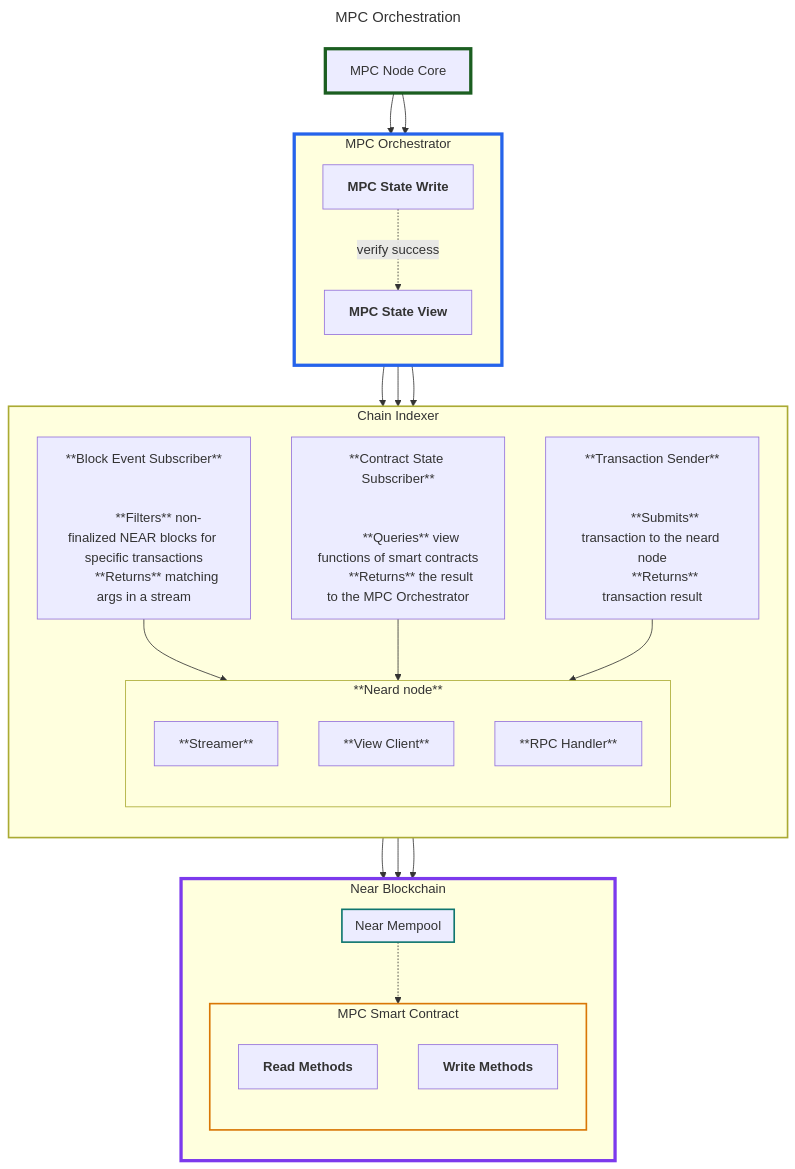
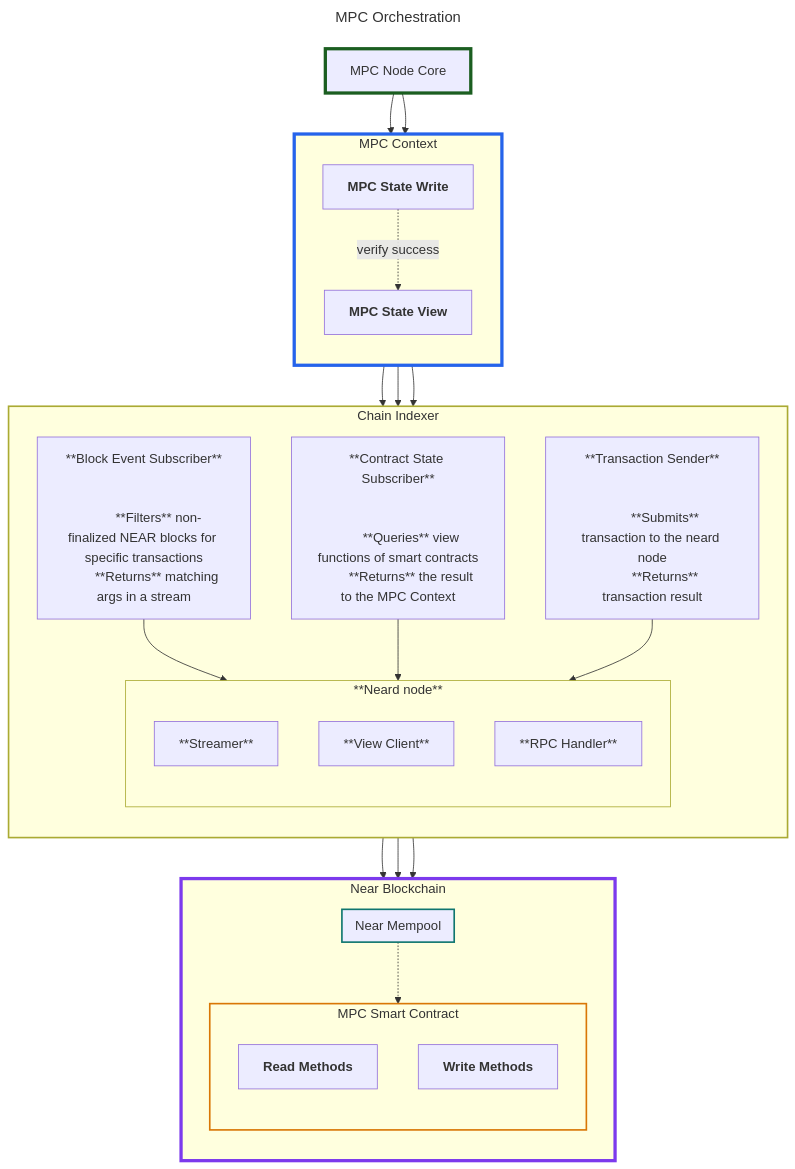
The second of 3 diagrams in docs/indexer-design.md (near/mpc), drawn with Mermaid before and after one commit. The commit also changed other lines of this file, not shown here.

Commit message:
rename Orchestrator --> Context

```diff
--- a/docs/indexer-design.md
+++ b/docs/indexer-design.md
@@ -239,7 +239,7 @@
 
 CORE[MPC Node Core]
 
-subgraph ORCHESTRATOR[MPC Orchestrator]
+subgraph CONTEXT[MPC Context]
     direction TB
     WRITE[
     <b>MPC State Write</b>
@@ -262,7 +262,7 @@
 
     CONTRACT_STATE_VIEWER[**Contract State Subscriber**<br/><br/>
         **Queries** view functions of smart contracts
-        **Returns** the result to the MPC Orchestrator
+        **Returns** the result to the MPC Context
     ]
 
     TX_SENDER[**Transaction Sender**<br/><br/>
@@ -303,11 +303,11 @@
 end
 
 
-%% CORE --> Orchestrator
+%% CORE --> Context
 CORE --> VIEW
 CORE --> WRITE
 
-%% Orchestrator --> Chain Indexer
+%% Context --> Chain Indexer
 VIEW --> CONTRACT_STATE_VIEWER
 VIEW --> TX_SUBSCRIBER
 WRITE --> TX_SENDER
@@ -335,7 +335,7 @@
 classDef chain stroke-width:2px;
 
 class CORE core;
-class ORCHESTRATOR indexer;
+class CONTEXT indexer;
 class NEAR near;
 class CONTRACT contract;
 class MEMPOOL mempool;
```
